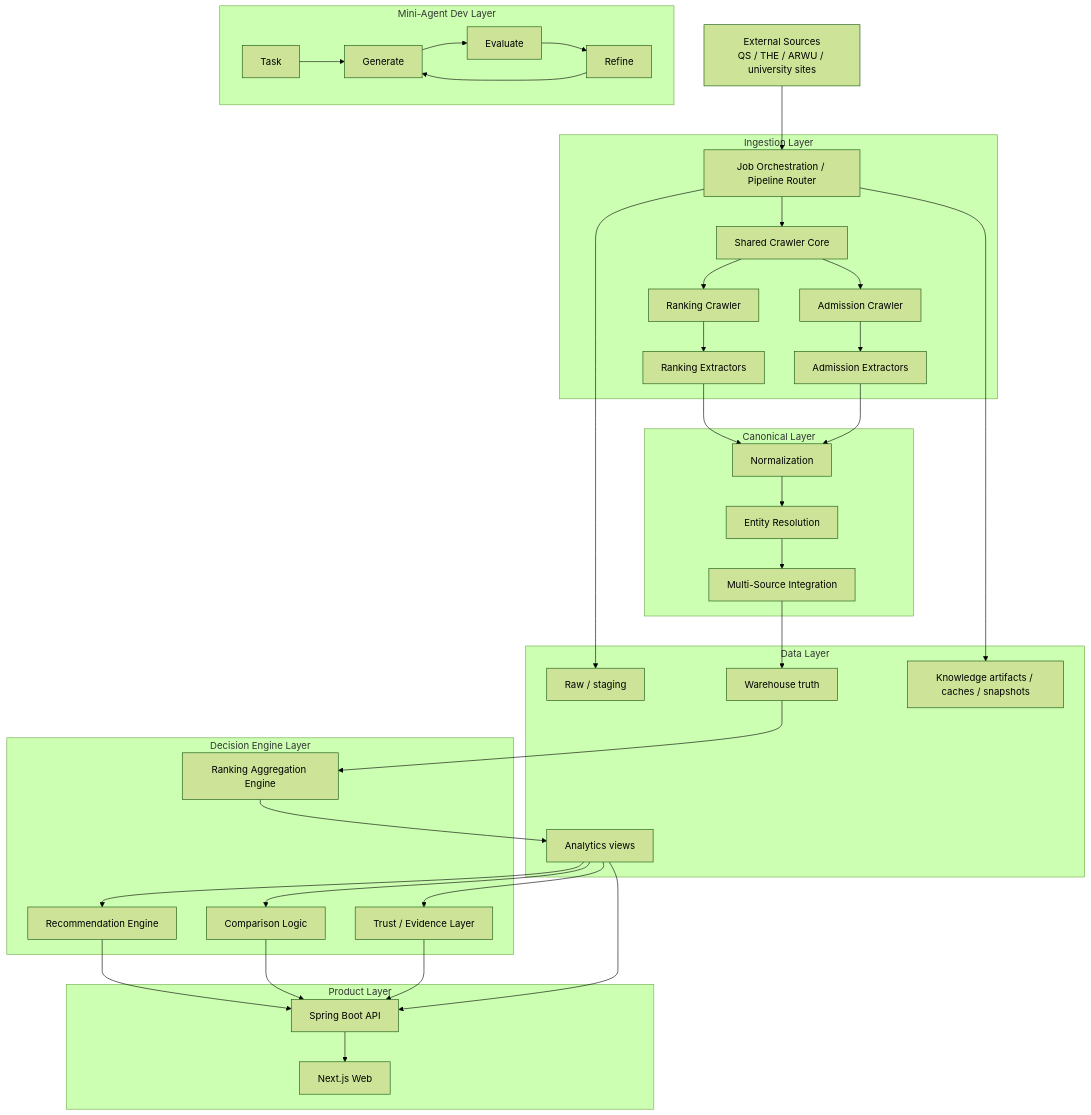
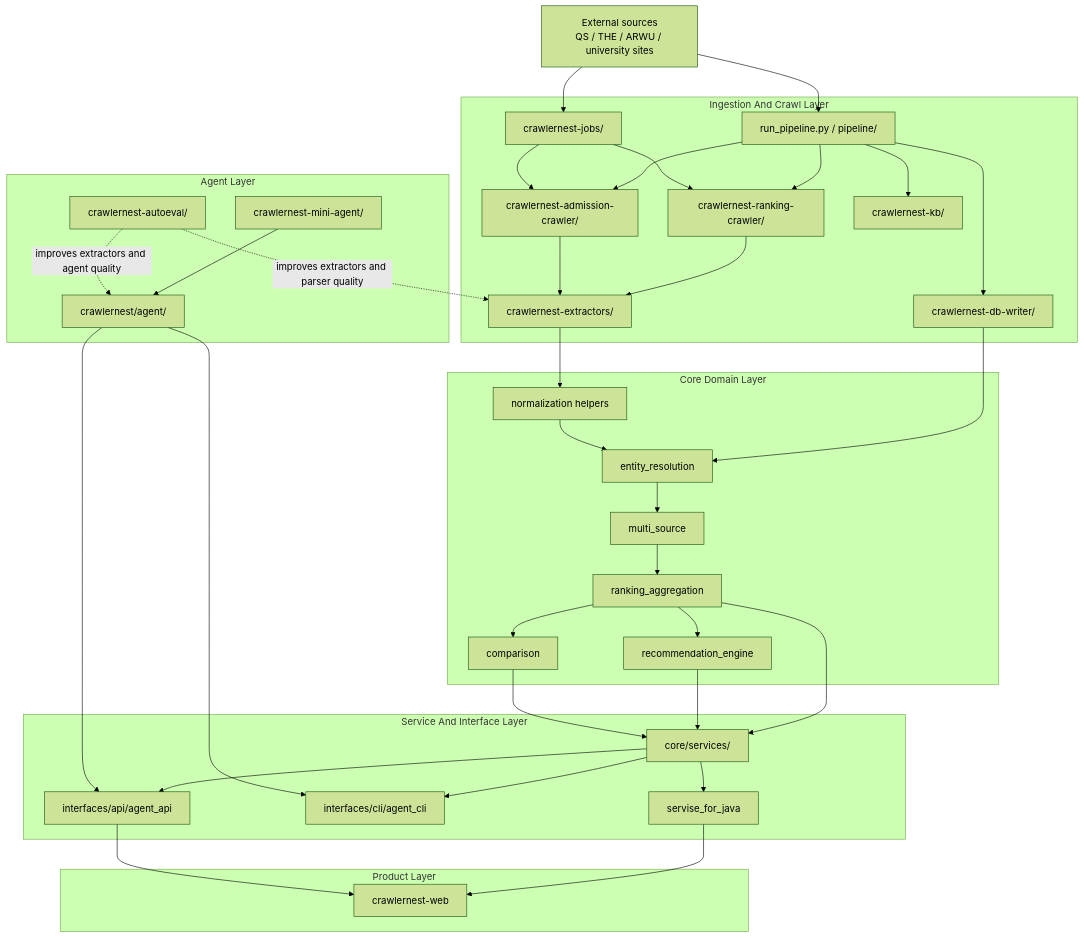
Before and after one commit to heinricitorgau/CrawlerNest: the first of 3 diagrams in docs/SYSTEM_ENGINE_ARCHITECTURE.md, drawn with Mermaid (forest theme). The commit also changed other lines of this file and 47 other files, not shown here.

````diff
--- a/docs/SYSTEM_ENGINE_ARCHITECTURE.md
+++ b/docs/SYSTEM_ENGINE_ARCHITECTURE.md
@@ -18,70 +16,71 @@
 ```mermaid
 flowchart TD
-    SRC["External Sources<br/>QS / THE / ARWU / university sites"]
+    SRC["External sources<br/>QS / THE / ARWU / university sites"]
 
-    subgraph INGEST["Ingestion Layer"]
-        JOBS["Job Orchestration / Pipeline Router"]
-        CCORE["Shared Crawler Core"]
-        RCRAWL["Ranking Crawler"]
-        ACRAWL["Admission Crawler"]
-        REXT["Ranking Extractors"]
-        AEXT["Admission Extractors"]
+    subgraph INGEST["Ingestion And Crawl Layer"]
+        PIPE["run_pipeline.py / pipeline/"]
+        JOBS["crawlernest-jobs/"]
+        EXT["crawlernest-extractors/"]
+        RCRAWL["crawlernest-ranking-crawler/"]
+        ACRAWL["crawlernest-admission-crawler/"]
+        WRITE["crawlernest-db-writer/"]
+        KB["crawlernest-kb/"]
     end
 
-    subgraph CANON["Canonical Layer"]
-        NORM["Normalization"]
-        ER["Entity Resolution"]
-        MS["Multi-Source Integration"]
+    subgraph CORE["Core Domain Layer"]
+        NORM["normalization helpers"]
+        ER["entity_resolution"]
+        MS["multi_source"]
+        AGG["ranking_aggregation"]
+        REC["recommendation_engine"]
+        CMP["comparison"]
     end
 
-    subgraph DATA["Data Layer"]
-        RAW["Raw / staging"]
-        WH["Warehouse truth"]
-        ANA["Analytics views"]
-        KB["Knowledge artifacts / caches / snapshots"]
-    end
-
-    subgraph ENGINE["Decision Engine Layer"]
-        AGG["Ranking Aggregation Engine"]
-        REC["Recommendation Engine"]
-        CMP["Comparison Logic"]
-        TRUST["Trust / Evidence Layer"]
+    subgraph SERVICE["Service And Interface Layer"]
+        FACADE["core/services/"]
+        PAPI["interfaces/api/agent_api"]
+        PCLI["interfaces/cli/agent_cli"]
+        JAVA["servise_for_java"]
     end
 
     subgraph PRODUCT["Product Layer"]
-        API["Spring Boot API"]
-        WEB["Next.js Web"]
+        WEB["crawlernest-web"]
     end
 
-    subgraph DEVX["Mini-Agent Dev Layer"]
-        TASK["Task"]
-        GEN["Generate"]
-        EVAL["Evaluate"]
-        REFINE["Refine"]
+    subgraph AGENT["Agent Layer"]
+        AGS["crawlernest/agent/"]
+        MINI["crawlernest-mini-agent/"]
+        EVAL["crawlernest-autoeval/"]
     end
 
+    SRC --> PIPE
     SRC --> JOBS
-    JOBS --> CCORE
-    CCORE --> RCRAWL
-    CCORE --> ACRAWL
-    RCRAWL --> REXT
-    ACRAWL --> AEXT
-    REXT --> NORM
-    AEXT --> NORM
-    JOBS --> RAW
-    JOBS --> KB
-    NORM --> ER --> MS
-    MS --> WH
-    WH --> AGG
-    AGG --> ANA
-    ANA --> REC
-    ANA --> CMP
-    ANA --> TRUST
-    REC --> API
-    CMP --> API
-    TRUST --> API
-    ANA --> API
-    API --> WEB
-
-    TASK --> GEN --> EVAL --> REFINE --> GEN
+    PIPE --> RCRAWL
+    PIPE --> ACRAWL
+    JOBS --> RCRAWL
+    JOBS --> ACRAWL
+    RCRAWL --> EXT
+    ACRAWL --> EXT
+    EXT --> NORM
+    PIPE --> WRITE
+    PIPE --> KB
+    WRITE --> ER
+    NORM --> ER
+    ER --> MS
+    MS --> AGG
+    AGG --> REC
+    AGG --> CMP
+    AGG --> FACADE
+    REC --> FACADE
+    CMP --> FACADE
+    FACADE --> JAVA
+    FACADE --> PAPI
+    FACADE --> PCLI
+    JAVA --> WEB
+    PAPI --> WEB
+    AGS --> PAPI
+    AGS --> PCLI
+    MINI --> AGS
+    EVAL -. improves extractors and agent quality .-> AGS
+    EVAL -. improves extractors and parser quality .-> EXT
 ```
````
